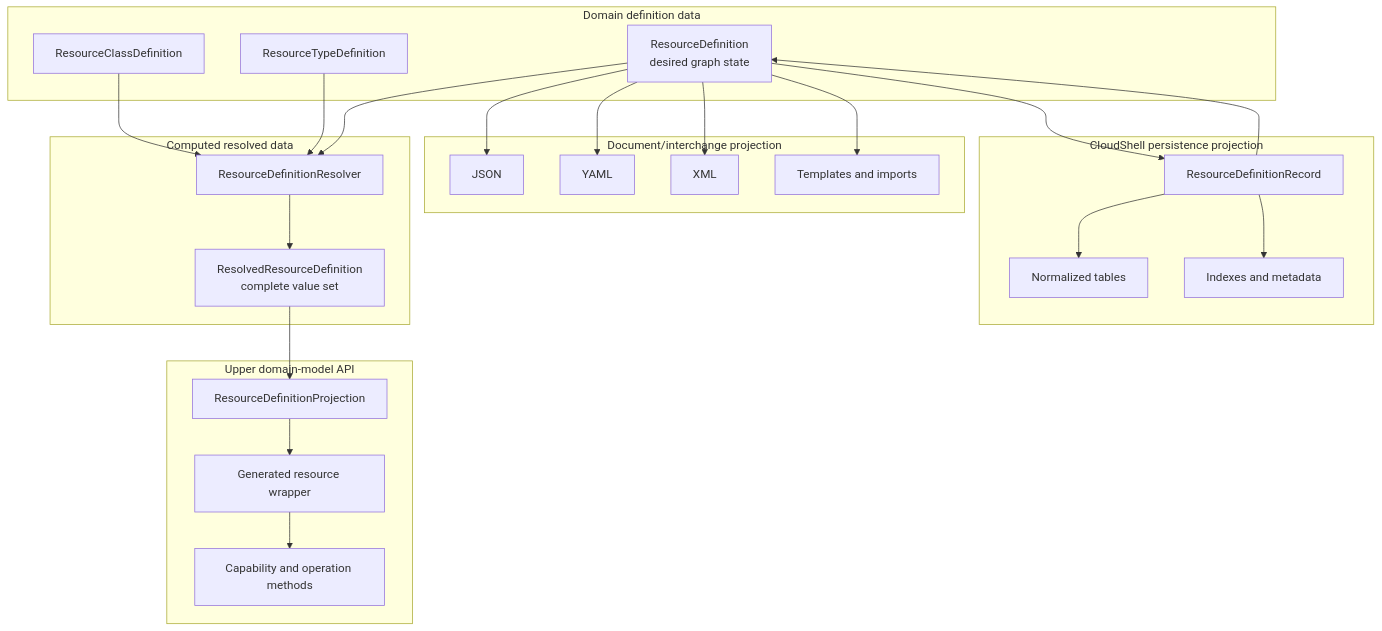
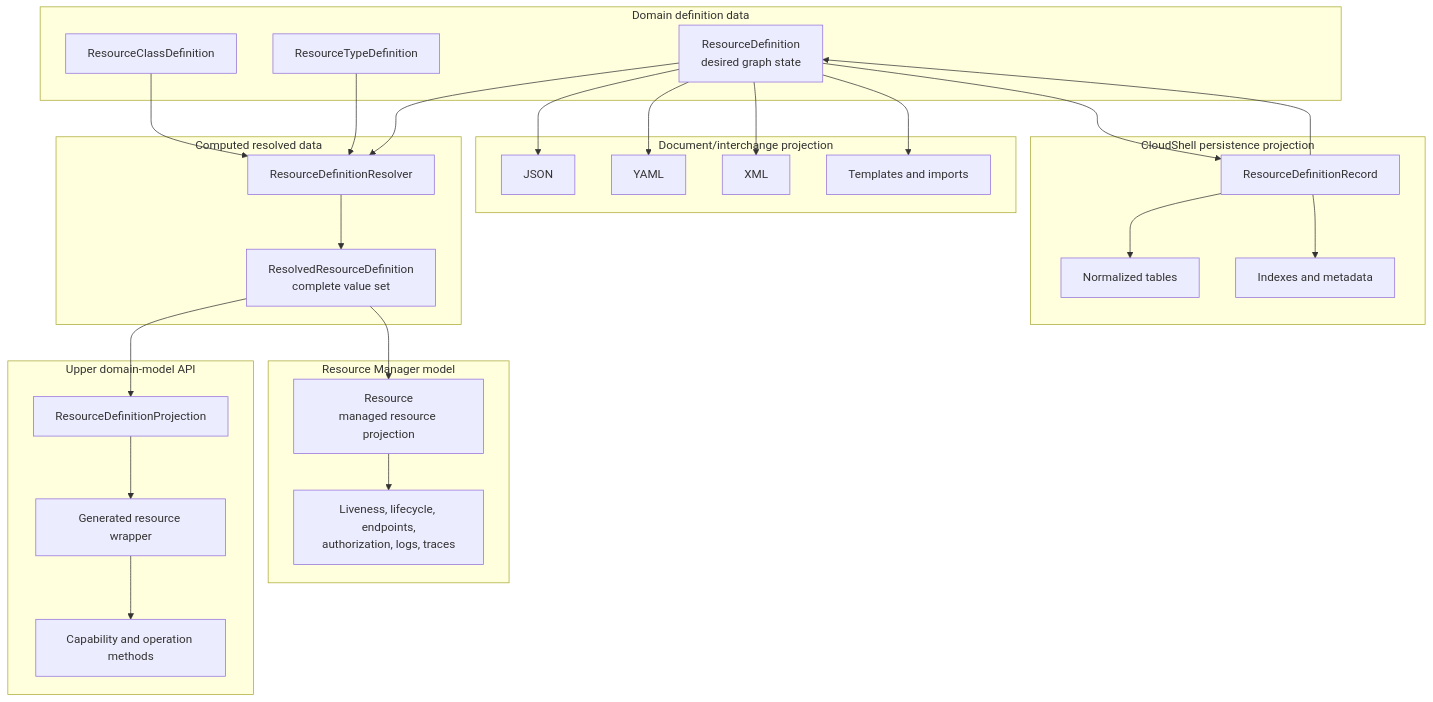
Before and after one commit to marinasundstrom/CloudShell: the fourth of 4 diagrams in docs/proposals/core/resource-definitions-and-capability-providers.md, drawn with Mermaid. The commit also changed other lines of this file, not shown here.

Commit message:
Separate resource definitions from resource manager model

````diff
--- a/docs/proposals/core/resource-definitions-and-capability-providers.md
+++ b/docs/proposals/core/resource-definitions-and-capability-providers.md
@@ -1182,48 +1192,54 @@
 ```mermaid
 flowchart TD
     subgraph domainData [Domain definition data]
         classDefinition["ResourceClassDefinition"]
         typeDefinition["ResourceTypeDefinition"]
         definition["ResourceDefinition<br/>desired graph state"]
     end
 
     subgraph documentProjection [Document/interchange projection]
         json["JSON"]
         yaml["YAML"]
         xml["XML"]
         templates["Templates and imports"]
     end
 
     subgraph persistenceProjection [CloudShell persistence projection]
         record["ResourceDefinitionRecord"]
         tables["Normalized tables"]
         indexes["Indexes and metadata"]
     end
 
     subgraph resolvedData [Computed resolved data]
         resolver["ResourceDefinitionResolver"]
         resolved["ResolvedResourceDefinition<br/>complete value set"]
     end
 
+    subgraph resourceManagerModel [Resource Manager model]
+        resource["Resource<br/>managed resource projection"]
+        liveness["Liveness, lifecycle, endpoints,<br/>authorization, logs, traces"]
+    end
+
     subgraph upperApi [Upper domain-model API]
         projection["ResourceDefinitionProjection"]
         wrapper["Generated resource wrapper"]
         behavior["Capability and operation methods"]
     end
 
     classDefinition --> resolver
     typeDefinition --> resolver
     definition --> resolver
 
     definition --> json
     definition --> yaml
     definition --> xml
     definition --> templates
 
     definition --> record
     record --> tables
     record --> indexes
     record --> definition
 
     resolver --> resolved --> projection --> wrapper --> behavior
+    resolved --> resource --> liveness
 ```
````
